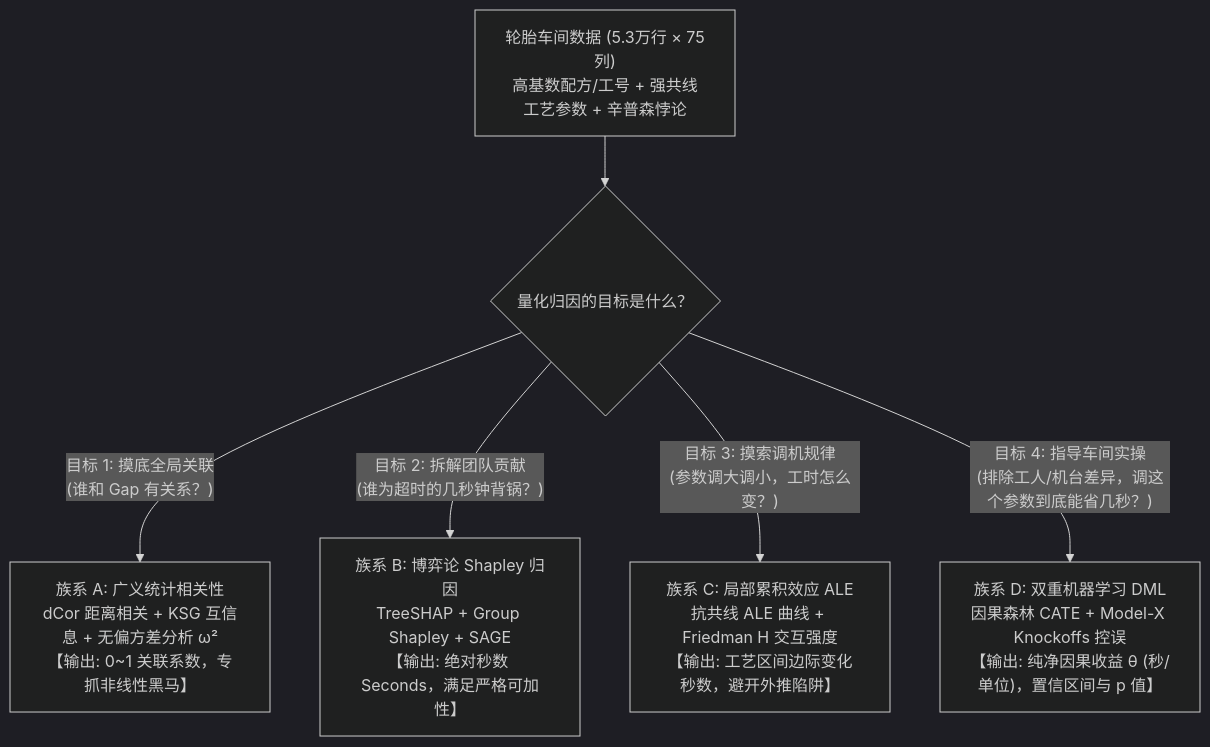
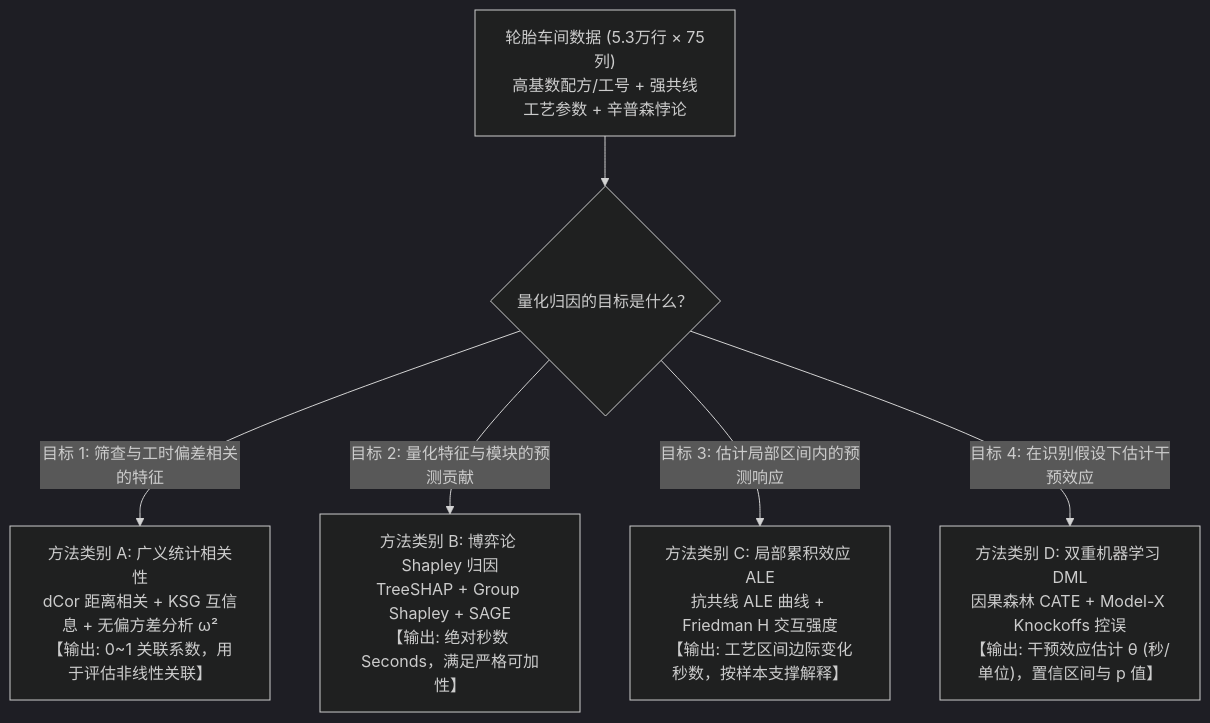
The diagram in docs/step3_part2_50_papers_attribution_guide.md (LechenWang9527/correlationAnalysis), drawn with Mermaid (dark theme) before and after one commit. The commit also changed other lines of this file and 8 other files, not shown here.

````diff
--- a/docs/step3_part2_50_papers_attribution_guide.md
+++ b/docs/step3_part2_50_papers_attribution_guide.md
@@ -21,12 +21,12 @@
 ```mermaid
 flowchart TD
     A["轮胎车间数据 (5.3万行 × 75列)<br/>高基数配方/工号 + 强共线工艺参数 + 辛普森悖论"] --> B{"量化归因的目标是什么？"}
     
-    B -->|"目标 1: 摸底全局关联<br/>(谁和 Gap 有关系？)"| C["族系 A: 广义统计相关性<br/>dCor 距离相关 + KSG 互信息 + 无偏方差分析 ω²<br/>【输出: 0~1 关联系数，专抓非线性黑马】"]
+    B -->|"目标 1: 筛查与工时偏差相关的特征"| C["方法类别 A: 广义统计相关性<br/>dCor 距离相关 + KSG 互信息 + 无偏方差分析 ω²<br/>【输出: 0~1 关联系数，用于评估非线性关联】"]
     
-    B -->|"目标 2: 拆解团队贡献<br/>(谁为超时的几秒钟背锅？)"| D["族系 B: 博弈论 Shapley 归因<br/>TreeSHAP + Group Shapley + SAGE<br/>【输出: 绝对秒数 Seconds，满足严格可加性】"]
+    B -->|"目标 2: 量化特征与模块的预测贡献"| D["方法类别 B: 博弈论 Shapley 归因<br/>TreeSHAP + Group Shapley + SAGE<br/>【输出: 绝对秒数 Seconds，满足严格可加性】"]
     
-    B -->|"目标 3: 摸索调机规律<br/>(参数调大调小，工时怎么变？)"| E["族系 C: 局部累积效应 ALE<br/>抗共线 ALE 曲线 + Friedman H 交互强度<br/>【输出: 工艺区间边际变化秒数，避开外推陷阱】"]
+    B -->|"目标 3: 估计局部区间内的预测响应"| E["方法类别 C: 局部累积效应 ALE<br/>抗共线 ALE 曲线 + Friedman H 交互强度<br/>【输出: 工艺区间边际变化秒数，按样本支撑解释】"]
     
-    B -->|"目标 4: 指导车间实操<br/>(排除工人/机台差异，调这个参数到底能省几秒？)"| F["族系 D: 双重机器学习 DML<br/>因果森林 CATE + Model-X Knockoffs 控误<br/>【输出: 纯净因果收益 θ (秒/单位)，置信区间与 p 值】"]
+    B -->|"目标 4: 在识别假设下估计干预效应"| F["方法类别 D: 双重机器学习 DML<br/>因果森林 CATE + Model-X Knockoffs 控误<br/>【输出: 干预效应估计 θ (秒/单位)，置信区间与 p 值】"]
 ```
````
